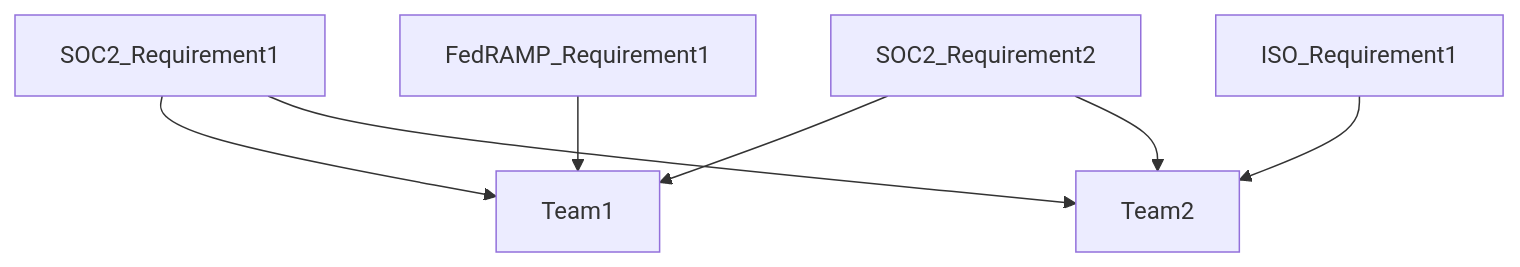
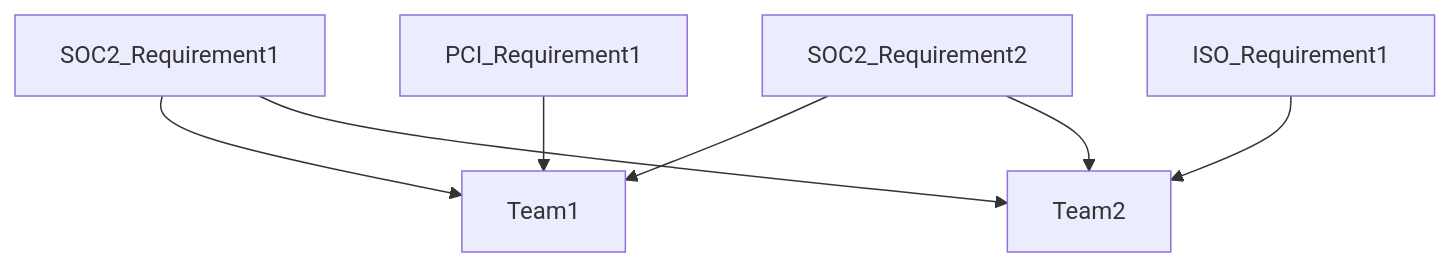
Before and after one commit to zalyoung/gitlab-handbook: the first of 2 diagrams in content/handbook/security/security-assurance/security-compliance/sec-controls.md, drawn with Mermaid. The commit also changed other lines of this file, not shown here.

````diff
--- a/content/handbook/security/security-assurance/security-compliance/sec-controls.md
+++ b/content/handbook/security/security-assurance/security-compliance/sec-controls.md
@@ -12,9 +12,9 @@
 ```mermaid
 graph TD;
     SOC2_Requirement1-->Team1;
     SOC2_Requirement1-->Team2;
     SOC2_Requirement2-->Team1;
     SOC2_Requirement2-->Team2;
-    FedRAMP_Requirement1-->Team1;
+    PCI_Requirement1-->Team1;
     ISO_Requirement1-->Team2;
 ```
````
